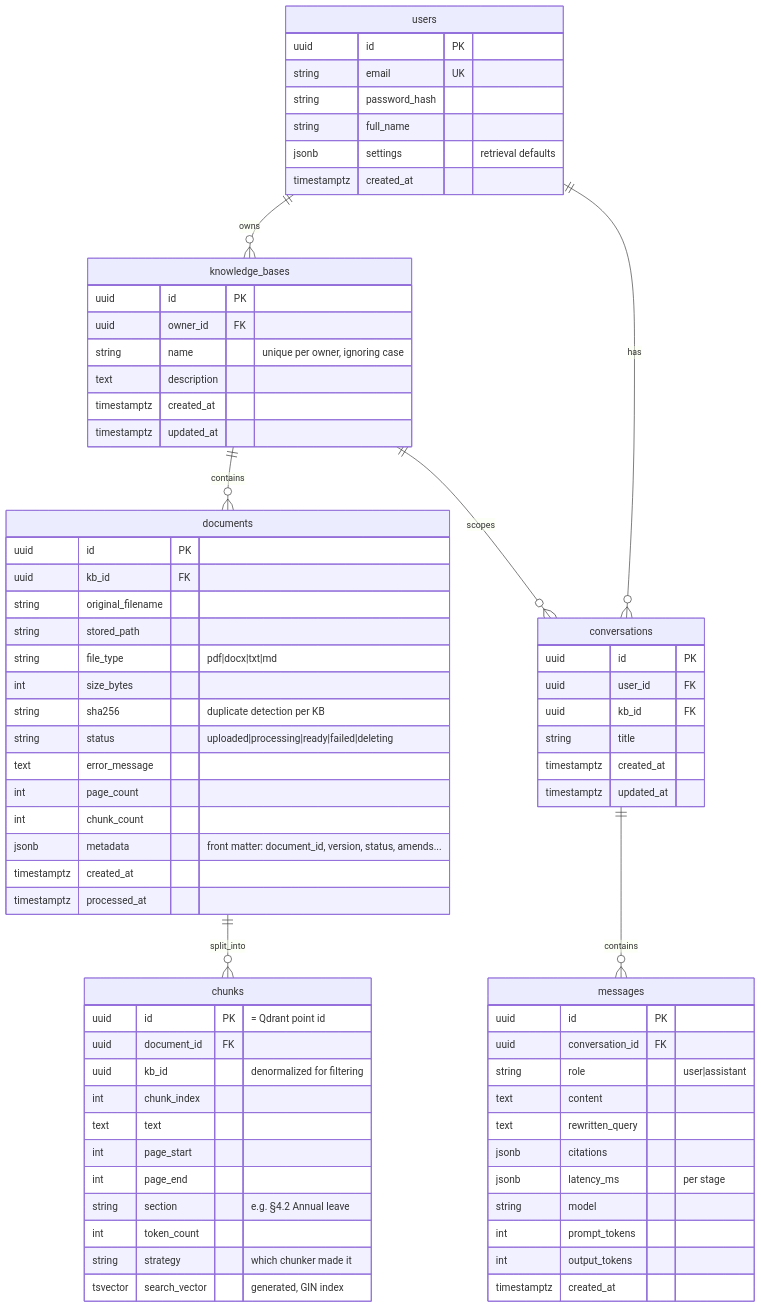
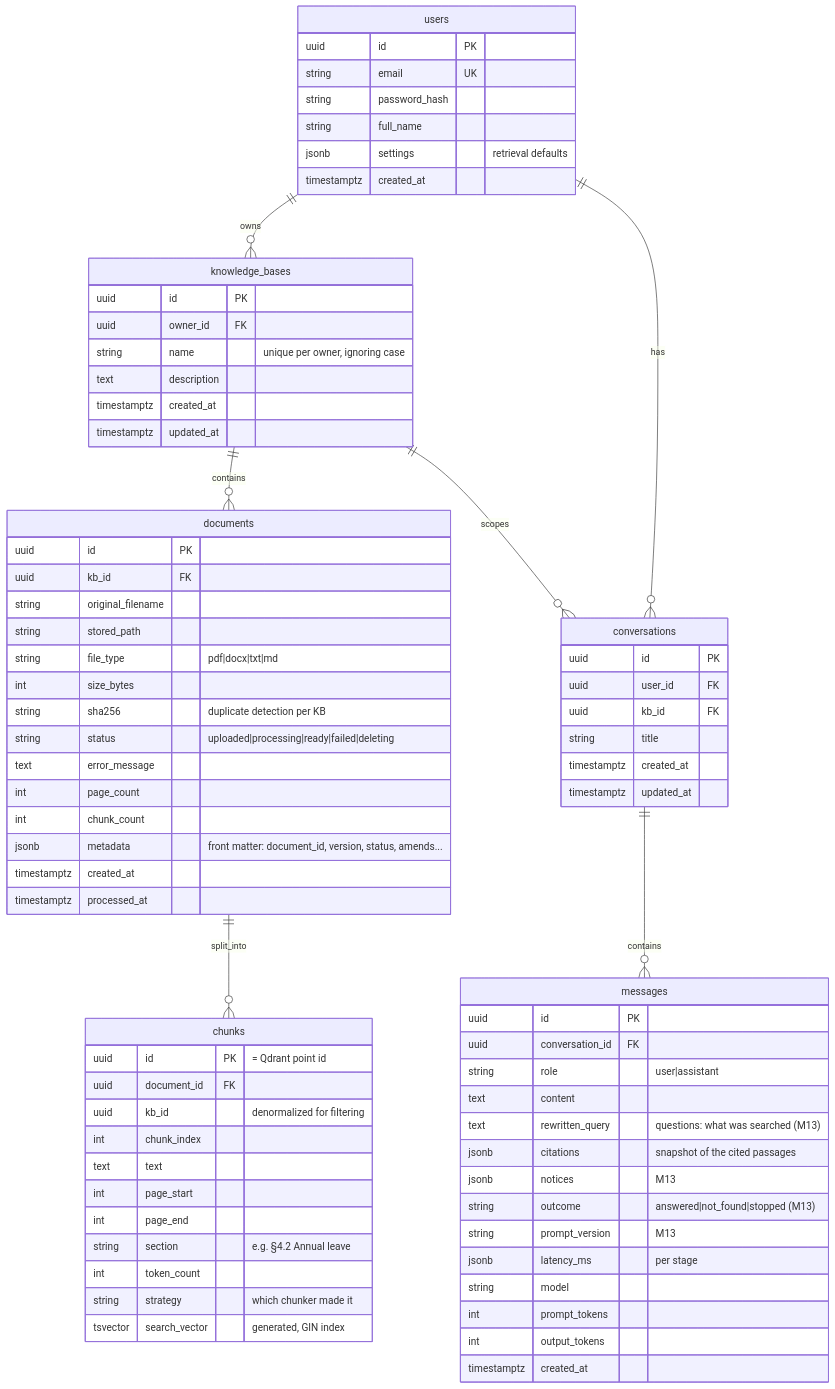
One commit to piccolo3528/enterprise_ai changed the fourth of 4 diagrams in ARCHITECTURE.md. Above: the diagram before and after it, drawn with Mermaid. The commit also changed other lines of this file and 35 other files, not shown here.

````diff
--- a/ARCHITECTURE.md
+++ b/ARCHITECTURE.md
@@ -822,76 +868,79 @@
 ```mermaid
 erDiagram
     users ||--o{ knowledge_bases : owns
     users ||--o{ conversations : has
     knowledge_bases ||--o{ documents : contains
     knowledge_bases ||--o{ conversations : scopes
     documents ||--o{ chunks : split_into
     conversations ||--o{ messages : contains
 
     users {
         uuid id PK
         string email UK
         string password_hash
         string full_name
         jsonb settings "retrieval defaults"
         timestamptz created_at
     }
     knowledge_bases {
         uuid id PK
         uuid owner_id FK
         string name "unique per owner, ignoring case"
         text description
         timestamptz created_at
         timestamptz updated_at
     }
     documents {
         uuid id PK
         uuid kb_id FK
         string original_filename
         string stored_path
         string file_type "pdf|docx|txt|md"
         int size_bytes
         string sha256 "duplicate detection per KB"
         string status "uploaded|processing|ready|failed|deleting"
         text error_message
         int page_count
         int chunk_count
         jsonb metadata "front matter: document_id, version, status, amends..."
         timestamptz created_at
         timestamptz processed_at
     }
     chunks {
         uuid id PK "= Qdrant point id"
         uuid document_id FK
         uuid kb_id "denormalized for filtering"
         int chunk_index
         text text
         int page_start
         int page_end
         string section "e.g. §4.2 Annual leave"
         int token_count
         string strategy "which chunker made it"
         tsvector search_vector "generated, GIN index"
     }
     conversations {
         uuid id PK
         uuid user_id FK
         uuid kb_id FK
         string title
         timestamptz created_at
         timestamptz updated_at
     }
     messages {
         uuid id PK
         uuid conversation_id FK
         string role "user|assistant"
         text content
-        text rewritten_query
-        jsonb citations
+        text rewritten_query "questions: what was searched (M13)"
+        jsonb citations "snapshot of the cited passages"
+        jsonb notices "M13"
+        string outcome "answered|not_found|stopped (M13)"
+        string prompt_version "M13"
         jsonb latency_ms "per stage"
         string model
         int prompt_tokens
         int output_tokens
         timestamptz created_at
     }
 ```
````
